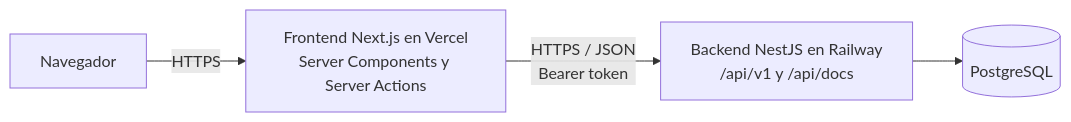
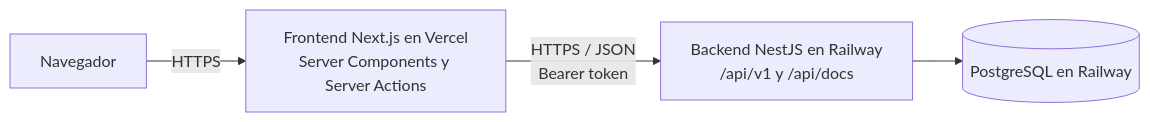
The first of 2 diagrams in docs/02-arquitectura.md (CarlosRubio637/Placeholder_Proyecto1_Backend), drawn with Mermaid before and after one commit. The commit also changed 2 other files, not shown here.

Commit message:
docs: base de datos en Railway

````diff
--- a/docs/02-arquitectura.md
+++ b/docs/02-arquitectura.md
@@ -5,6 +5,6 @@
 ```mermaid
 flowchart LR
     U[Navegador] -->|HTTPS| FE[Frontend Next.js en Vercel<br/>Server Components y Server Actions]
     FE -->|HTTPS / JSON<br/>Bearer token| BE[Backend NestJS en Railway<br/>/api/v1 y /api/docs]
-    BE --> DB[(PostgreSQL)]
+    BE --> DB[(PostgreSQL en Railway)]
 ```
````
